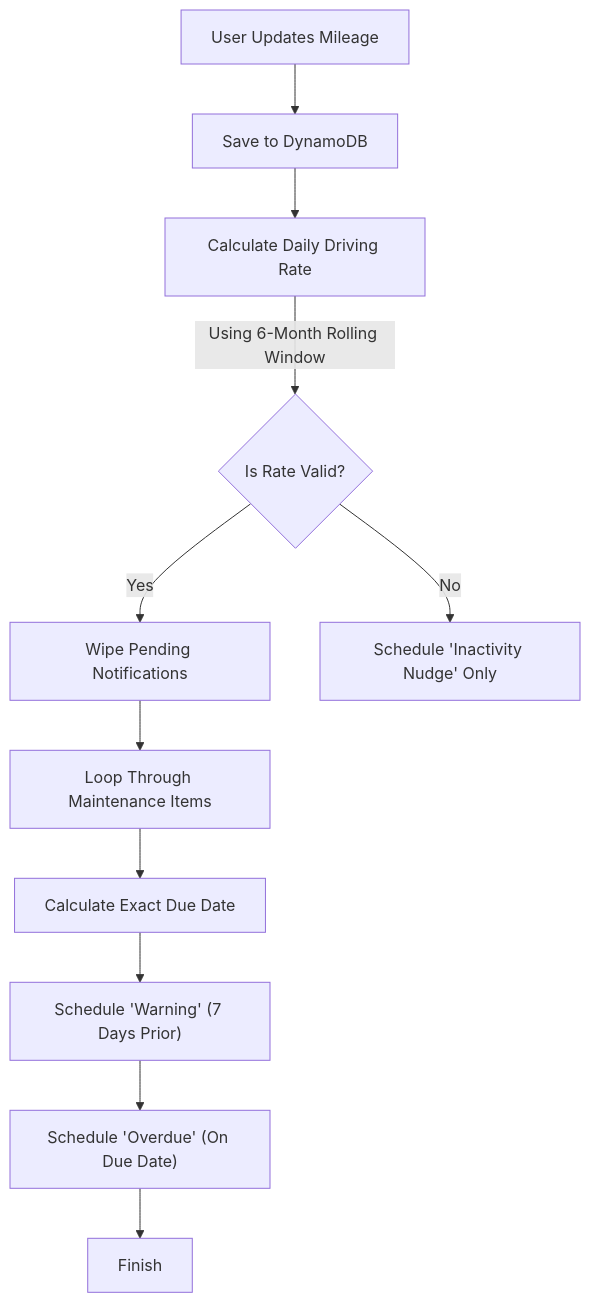
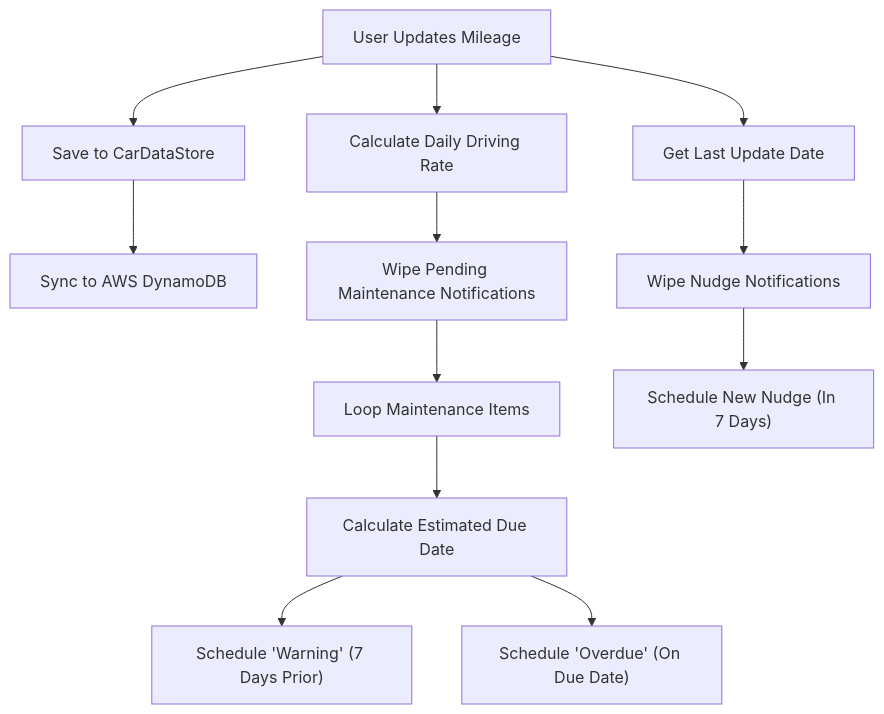
Before and after one commit to jonocorpuz/gauge: the third of 3 diagrams in README.md, drawn with Mermaid. The commit also changed other lines of this file, not shown here.

Commit message:
doc: update readme #4

````diff
--- a/README.md
+++ b/README.md
@@ -116,16 +117,21 @@
 ```mermaid
 graph TD
-    Start[User Updates Mileage] --> A[Save to DynamoDB]
-    A --> B[Calculate Daily Driving Rate]
-    B -->|Using 6-Month Rolling Window| C{"Is Rate Valid?"}
+    Start["User Updates Mileage"]
 
-    C -- Yes --> D["Wipe Pending Notifications"]
-    C -- No --> E["Schedule 'Inactivity Nudge' Only"]
+    %% Path 1: Data Sync
+    Start --> A1["Save to CarDataStore"]
+    A1 --> A2["Sync to AWS DynamoDB"]
 
-    D --> F["Loop Through Maintenance Items"]
-    F --> G["Calculate Exact Due Date"]
-    G --> H["Schedule 'Warning' (7 Days Prior)"]
-    H --> I["Schedule 'Overdue' (On Due Date)"]
+    %% Path 2: Predictive Maintenance
+    Start --> B1["Calculate Daily Driving Rate"]
+    B1 --> B2["Wipe Pending Maintenance Notifications"]
+    B2 --> B3["Loop Maintenance Items"]
+    B3 --> B4["Calculate Estimated Due Date"]
+    B4 --> B5W["Schedule 'Warning' (7 Days Prior)"]
+    B4 --> B5D["Schedule 'Overdue' (On Due Date)"]
 
-    I --> J[Finish]
+    %% Path 3: Inactivity Nudge
+    Start --> C1["Get Last Update Date"]
+    C1 --> C2["Wipe Nudge Notifications"]
+    C2 --> C3["Schedule New Nudge (In 7 Days)"]
 ```
````
